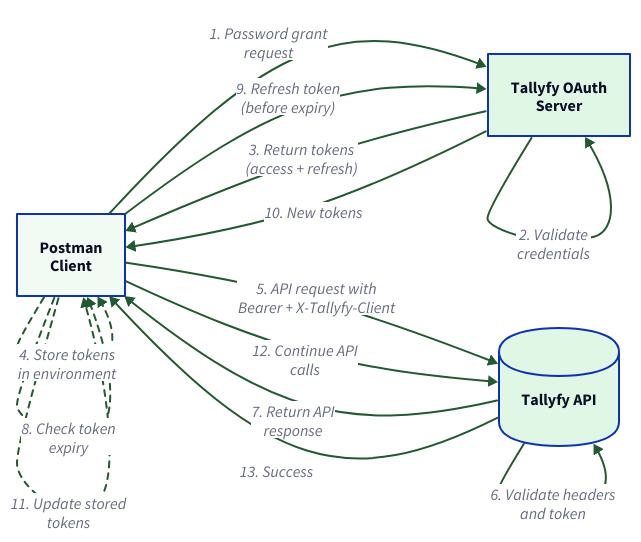
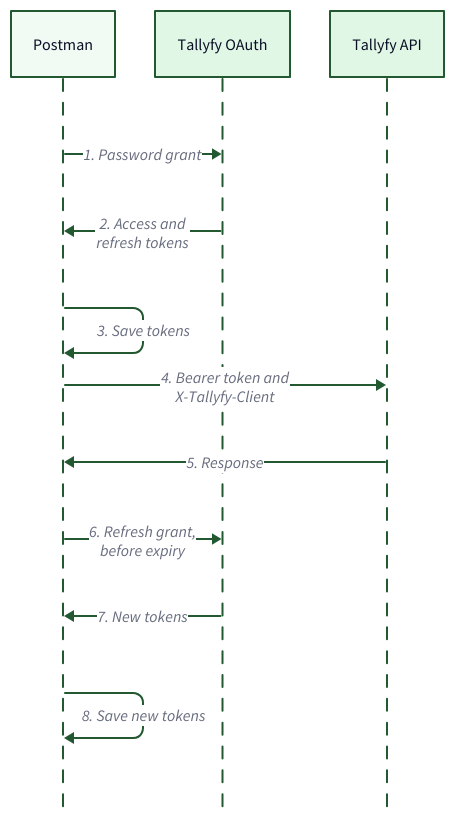
Before and after one commit to tallyfy/documentation: the diagram in src/content/docs/pro/integrations/open-api/api-clients/postman/authentication-setup.mdx, drawn with D2. The commit also changed other lines of this file and 12 other files, not shown here.

````diff
--- a/src/content/docs/pro/integrations/open-api/api-clients/postman/authentication-setup.mdx
+++ b/src/content/docs/pro/integrations/open-api/api-clients/postman/authentication-setup.mdx
@@ -93,73 +93,42 @@
 ```d2
-direction: right
+# Postman token lifecycle: get, use and refresh
+shape: sequence_diagram
 
-Postman: "Postman\nClient" {
-  shape: rectangle
+Postman: "Postman" {
   style.fill: "#f2faf4"
+  style.stroke: "#225930"
 }
-
-OAuth: "Tallyfy OAuth\nServer" {
-  shape: rectangle
+OAuth: "Tallyfy OAuth" {
   style.fill: "#e1f7e6"
+  style.stroke: "#225930"
 }
-
 API: "Tallyfy API" {
-  shape: cylinder
   style.fill: "#e1f7e6"
-}
-
-Postman -> OAuth: "1. Password grant\nrequest" {
   style.stroke: "#225930"
 }
 
-OAuth -> OAuth: "2. Validate\ncredentials" {
+Postman -> OAuth: "1. Password grant" {
   style.stroke: "#225930"
 }
-
-OAuth -> Postman: "3. Return tokens\n(access + refresh)" {
+OAuth -> Postman: "2. Access and\nrefresh tokens" {
   style.stroke: "#225930"
 }
-
-Postman -> Postman: "4. Store tokens\nin environment" {
-  style.stroke: "#225930"
-  style.stroke-dash: 3
-}
-
-Postman -> API: "5. API request with\nBearer + X-Tallyfy-Client" {
+Postman -> Postman: "3. Save tokens" {
   style.stroke: "#225930"
 }
-
-API -> API: "6. Validate headers\nand token" {
+Postman -> API: "4. Bearer token and\nX-Tallyfy-Client" {
   style.stroke: "#225930"
 }
-
-API -> Postman: "7. Return API\nresponse" {
+API -> Postman: "5. Response" {
   style.stroke: "#225930"
 }
-
-Postman -> Postman: "8. Check token\nexpiry" {
-  style.stroke: "#225930"
-  style.stroke-dash: 3
-}
-
-Postman -> OAuth: "9. Refresh token\n(before expiry)" {
+Postman -> OAuth: "6. Refresh grant,\nbefore expiry" {
   style.stroke: "#225930"
 }
-
-OAuth -> Postman: "10. New tokens" {
+OAuth -> Postman: "7. New tokens" {
   style.stroke: "#225930"
 }
-
-Postman -> Postman: "11. Update stored\ntokens" {
-  style.stroke: "#225930"
-  style.stroke-dash: 3
-}
-
-Postman -> API: "12. Continue API\ncalls" {
-  style.stroke: "#225930"
-}
-
-API -> Postman: "13. Success" {
+Postman -> Postman: "8. Save new tokens" {
   style.stroke: "#225930"
 }
 ```
````
